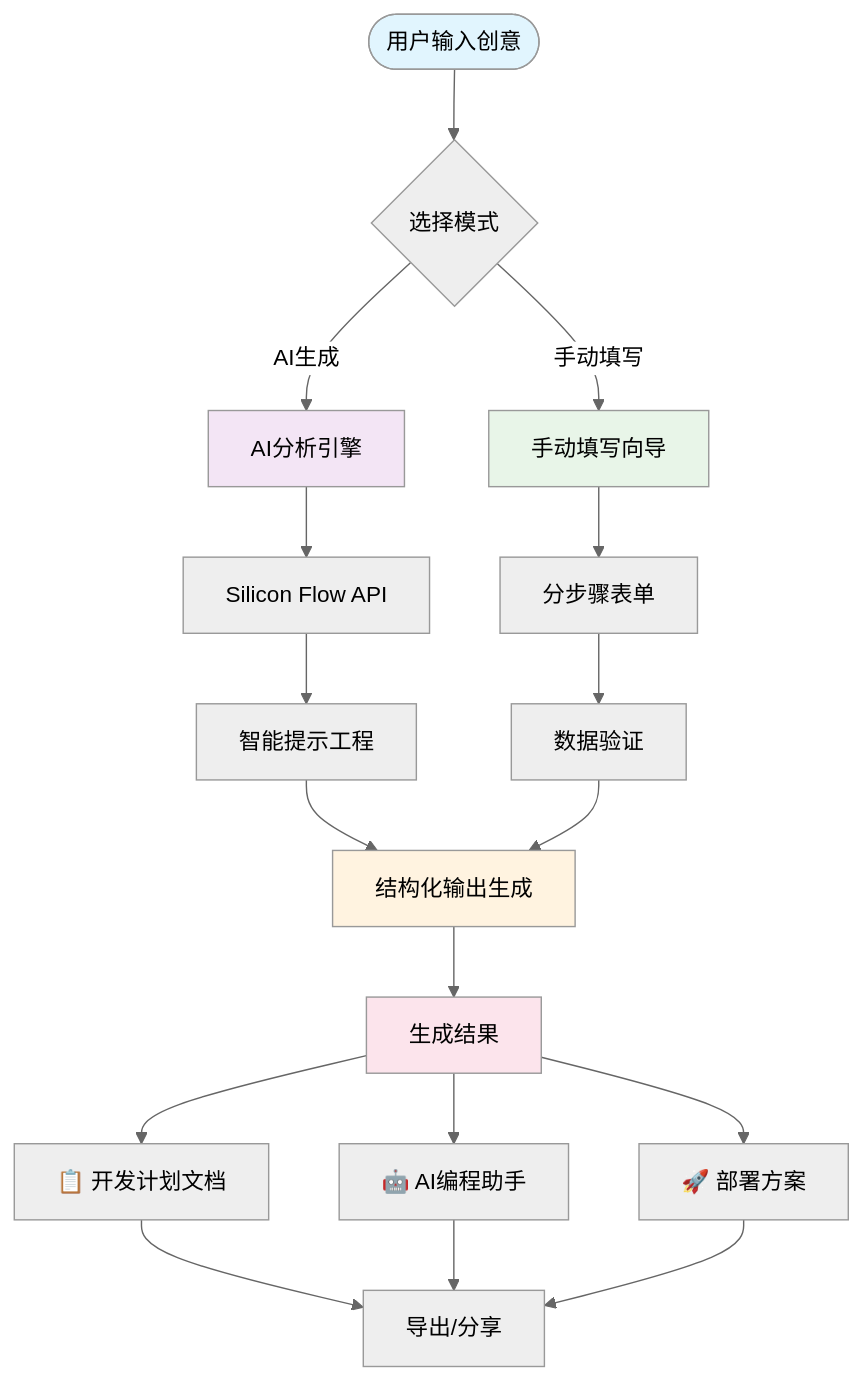
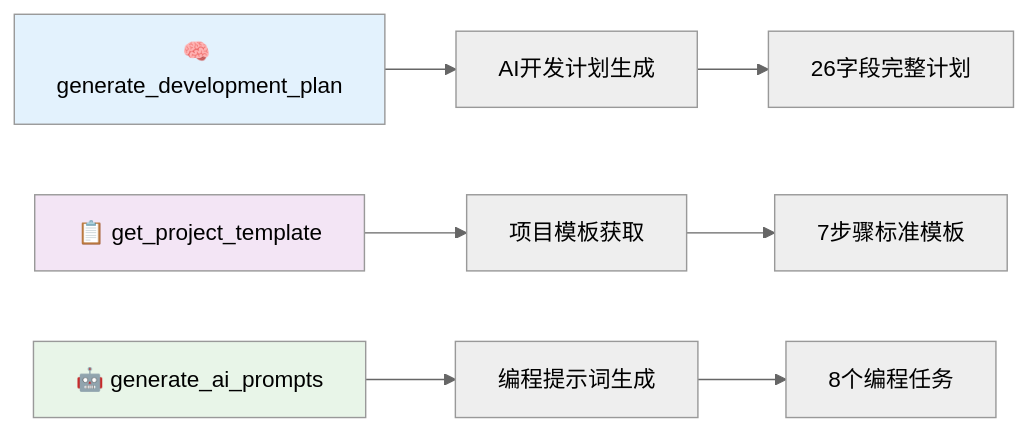
The first of 3 diagrams in README.md (JasonRobertDestiny/VibeDocs), drawn with Mermaid (neutral theme) before and after one commit. The commit also changed other lines of this file and 14 other files, not shown here.

````diff
--- a/README.md
+++ b/README.md
@@ -55,29 +92,14 @@
 ```mermaid
-graph TB
-    Start([用户输入创意]) --> Check{选择模式}
-    Check -->|AI生成| AI[AI分析引擎]
-    Check -->|手动填写| Manual[手动填写向导]
+graph LR
+    A[🧠 generate_development_plan] --> D[AI开发计划生成]
+    B[📋 get_project_template] --> E[项目模板获取]
+    C[🤖 generate_ai_prompts] --> F[编程提示词生成]
     
-    AI --> API[Silicon Flow API]
-    API --> Process[智能提示工程]
-    Process --> Generate[结构化输出生成]
+    D --> G[26字段完整计划]
+    E --> H[7步骤标准模板]
+    F --> I[8个编程任务]
     
-    Manual --> Form[分步骤表单]
-    Form --> Validate[数据验证]
-    Validate --> Generate
-    
-    Generate --> Output[生成结果]
-    Output --> Doc[📋 开发计划文档]
-    Output --> Code[🤖 AI编程助手]
-    Output --> Deploy[🚀 部署方案]
-    
-    Doc --> Export[导出/分享]
-    Code --> Export
-    Deploy --> Export
-    
-    style Start fill:#e1f5fe
-    style AI fill:#f3e5f5
-    style Manual fill:#e8f5e8
-    style Generate fill:#fff3e0
-    style Output fill:#fce4ec
+    style A fill:#e3f2fd
+    style B fill:#f3e5f5
+    style C fill:#e8f5e8
 ```
````
